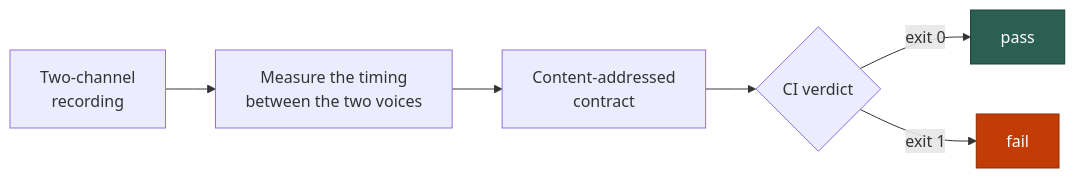
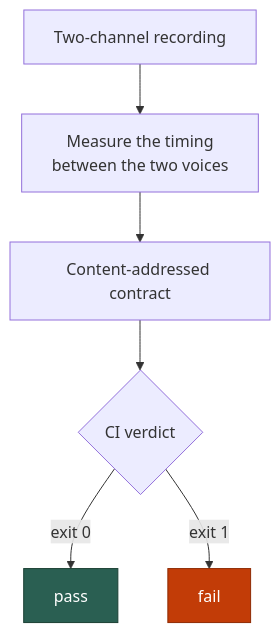
Before and after one commit to attenlabs/hotato: the diagram in README.md, drawn with Mermaid. The commit also changed other lines of this file and 11 other files, not shown here.

````diff
--- a/README.md
+++ b/README.md
@@ -133,12 +131,12 @@
 ```mermaid
-flowchart LR
-  A["Two-channel<br/>recording"] --> B["Measure the timing<br/>between the two voices"]
-  B --> C["Content-addressed<br/>contract"]
+flowchart TD
+  A["Two-channel recording"] --> B["Measure the timing<br/>between the two voices"]
+  B --> C["Content-addressed contract"]
   C --> D{"CI verdict"}
   D -->|exit 0| E["pass"]
   D -->|exit 1| F["fail"]
   classDef ember fill:#c23c07,stroke:#8f2b04,color:#ffffff;
   classDef teal fill:#2a5f52,stroke:#1c4034,color:#ffffff;
   class F ember;
   class E teal;
 ```
````
